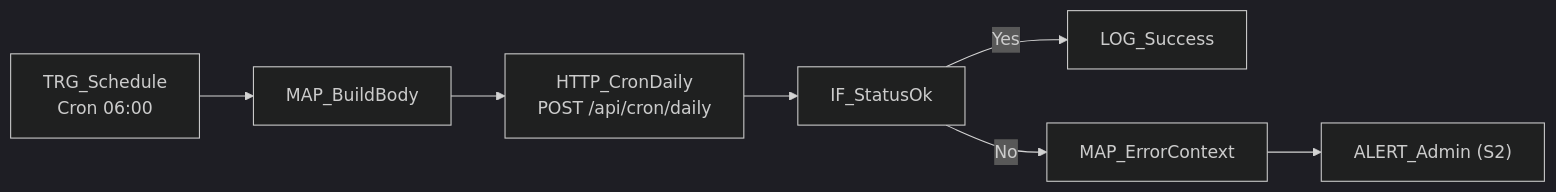
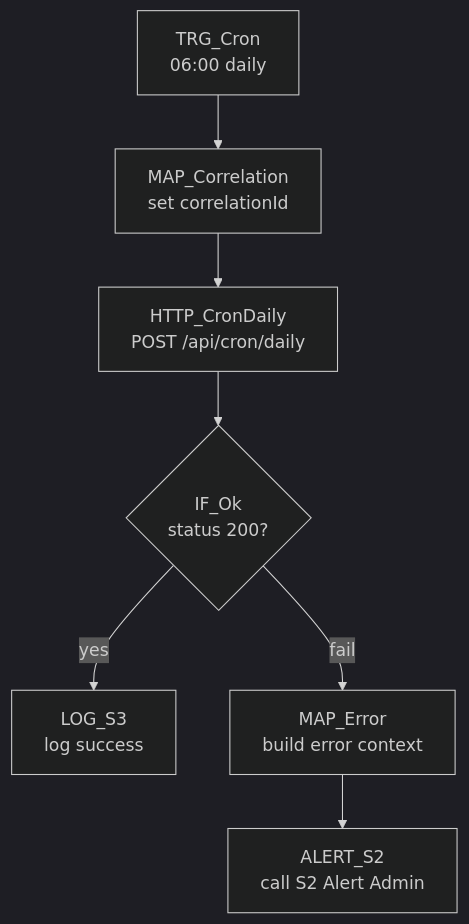
Before and after one commit to nguyendinhduy-1995/daotaolaixethayduy-V2: the second of 7 diagrams in docs/runbooks/n8n-production.md, drawn with Mermaid (dark theme). The commit also changed other lines of this file and 2 other files, not shown here.

````diff
--- a/docs/runbooks/n8n-production.md
+++ b/docs/runbooks/n8n-production.md
@@ -358,9 +155,9 @@
 ```mermaid
-graph LR
-    TRG["TRG_Schedule<br/>Cron 06:00"] --> MAP["MAP_BuildBody"]
-    MAP --> HTTP["HTTP_CronDaily<br/>POST /api/cron/daily"]
-    HTTP --> IF["IF_StatusOk"]
-    IF -->|Yes| LOG["LOG_Success"]
-    IF -->|No| ERR["MAP_ErrorContext"]
-    ERR --> ALERT["ALERT_Admin (S2)"]
+flowchart TD
+    TRG_Cron["TRG_Cron<br/>06:00 daily"] --> MAP_Correlation["MAP_Correlation<br/>set correlationId"]
+    MAP_Correlation --> HTTP_CronDaily["HTTP_CronDaily<br/>POST /api/cron/daily"]
+    HTTP_CronDaily --> IF_Ok{"IF_Ok<br/>status 200?"}
+    IF_Ok -->|yes| LOG_S3["LOG_S3<br/>log success"]
+    IF_Ok -->|fail| MAP_Error["MAP_Error<br/>build error context"]
+    MAP_Error --> ALERT_S2["ALERT_S2<br/>call S2 Alert Admin"]
 ```
````
